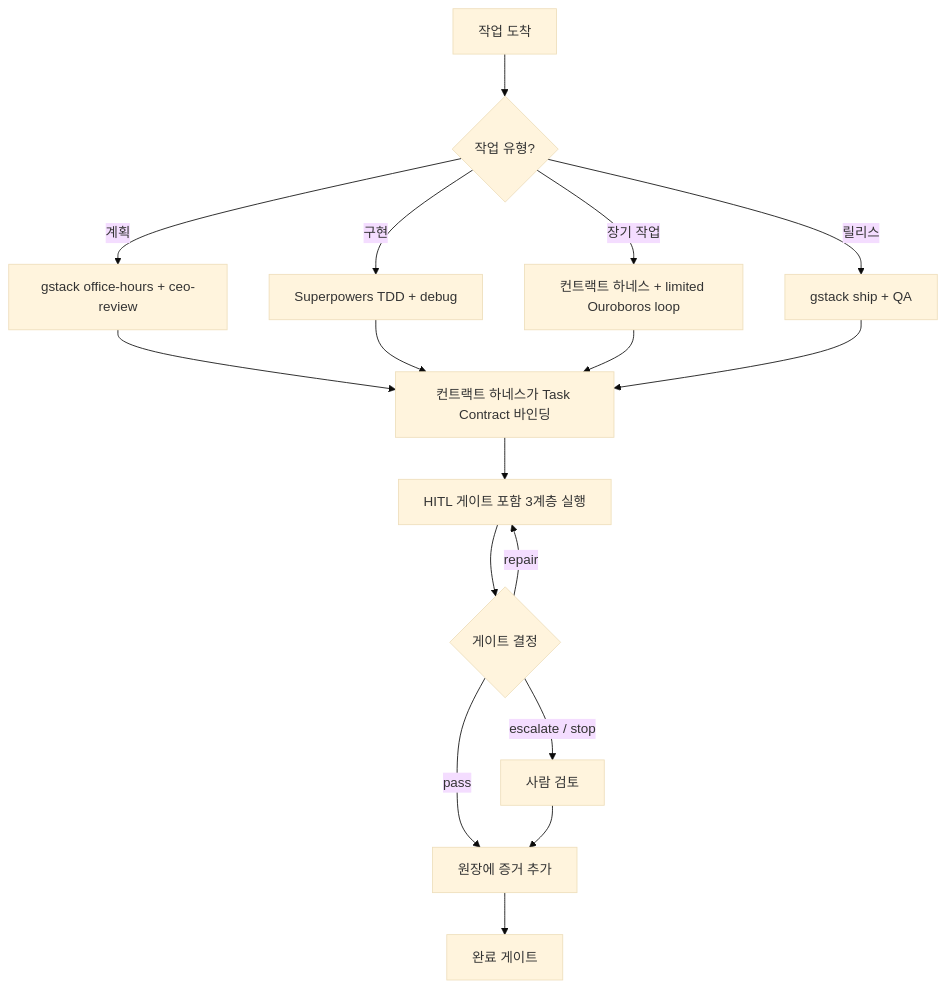
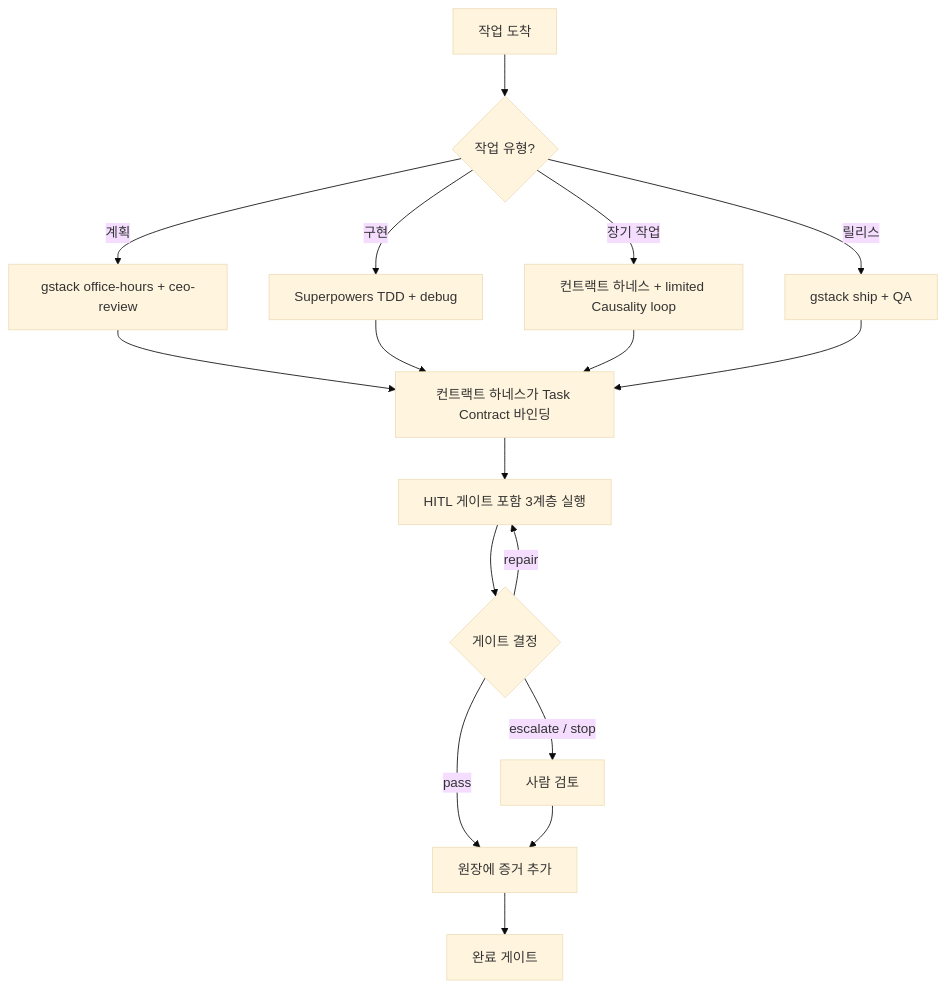
The second of 4 diagrams in README.ko.md (bumstone/Causality), drawn with Mermaid (base theme) before and after one commit. The commit also changed other lines of this file and 45 other files, not shown here.

First line of the commit message:
refactor!: rebrand the project from Ouroboros HITL to Causality

````diff
--- a/README.ko.md
+++ b/README.ko.md
@@ -76,21 +76,21 @@
 ```mermaid
 flowchart TD
     T["작업 도착"] --> R{"작업 유형?"}
     R -->|계획| P1["gstack office-hours + ceo-review"]
     R -->|구현| P2["Superpowers TDD + debug"]
-    R -->|장기 작업| P3["컨트랙트 하네스 + limited Ouroboros loop"]
+    R -->|장기 작업| P3["컨트랙트 하네스 + limited Causality loop"]
     R -->|릴리스| P4["gstack ship + QA"]
 
     P1 --> BIND["컨트랙트 하네스가 Task Contract 바인딩"]
     P2 --> BIND
     P3 --> BIND
     P4 --> BIND
 
     BIND --> EXEC["HITL 게이트 포함 3계층 실행"]
     EXEC --> G{"게이트 결정"}
     G -->|pass| LEDGER["원장에 증거 추가"]
     G -->|repair| EXEC
     G -->|escalate / stop| HUMAN["사람 검토"]
     HUMAN --> LEDGER
     LEDGER --> DONE["완료 게이트"]
 ```
````
